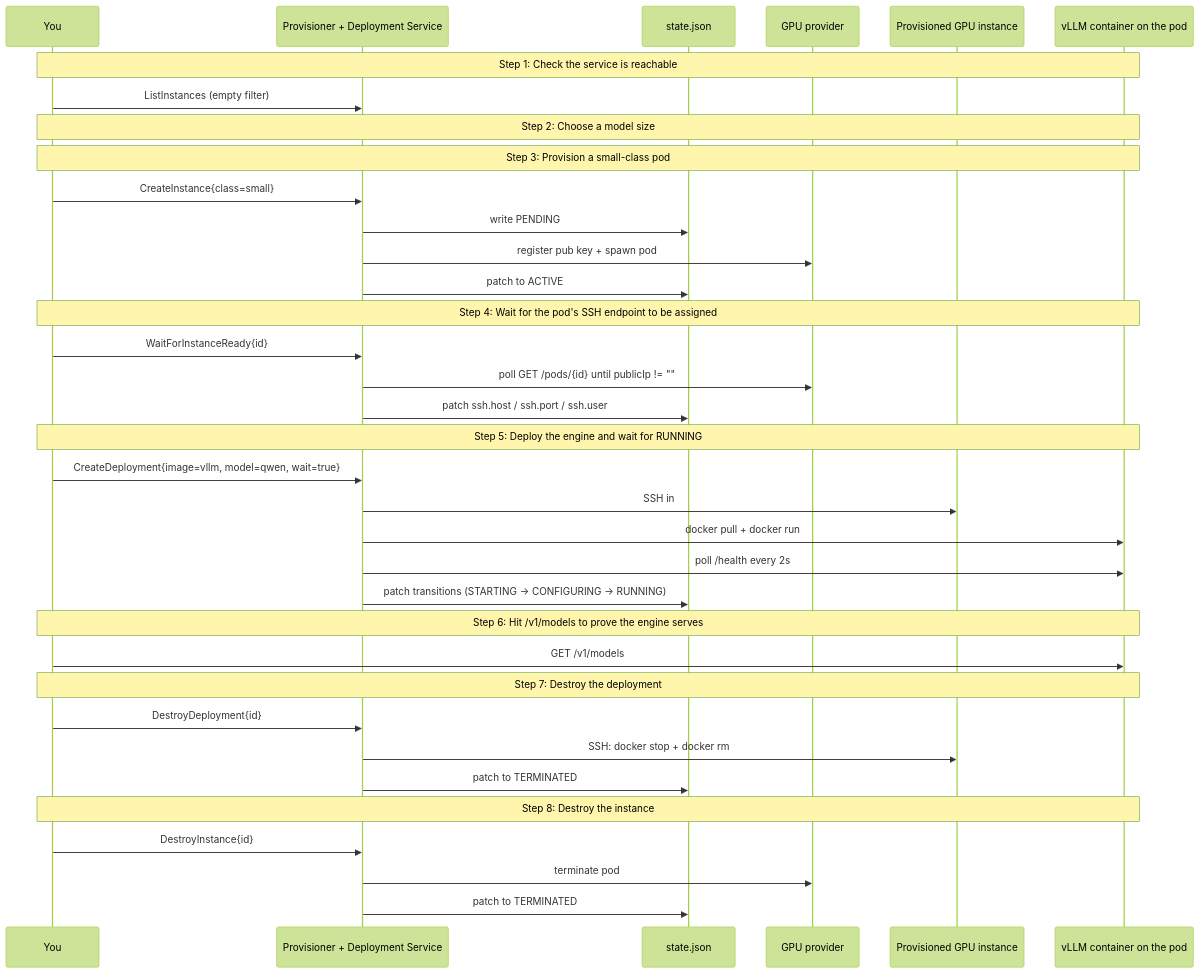
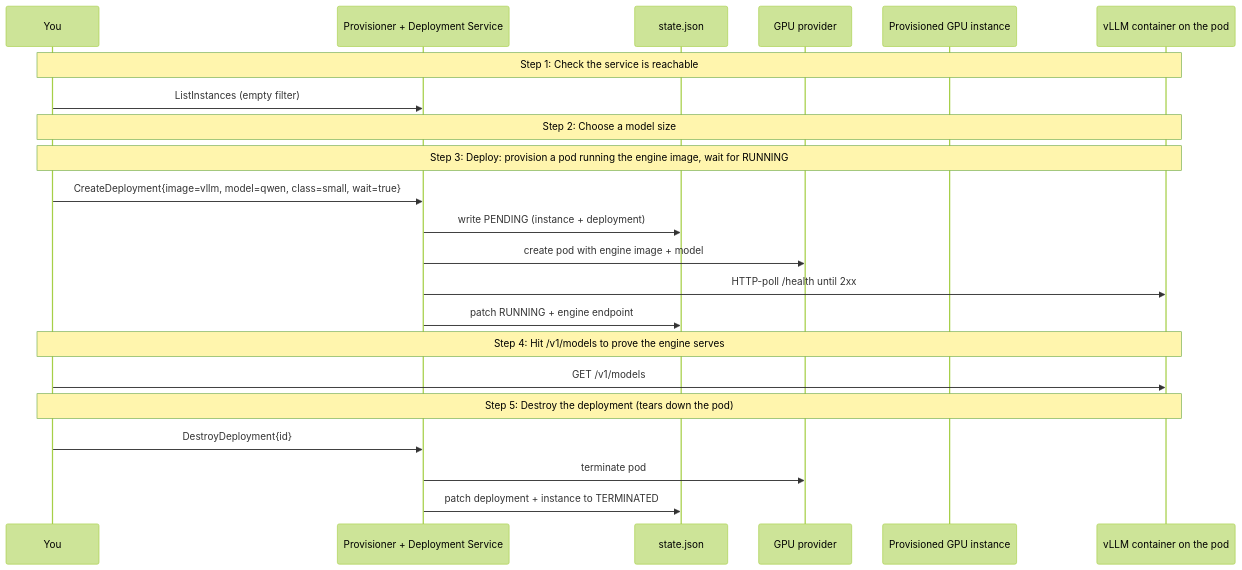
The diagram in examples/provisioning/03-deploy-end-to-end/RUN.md (inference-book/inference-plane), drawn with Mermaid (forest theme) before and after one commit. The commit also changed other lines of this file and 10 other files, not shown here.

````diff
--- a/examples/provisioning/03-deploy-end-to-end/RUN.md
+++ b/examples/provisioning/03-deploy-end-to-end/RUN.md
@@ -18,45 +15,29 @@
 ```mermaid
 sequenceDiagram
     participant Operator as You
     participant iplane as Provisioner + Deployment Service
     participant State as state.json
     participant RunPod as GPU provider
     participant Pod as Provisioned GPU instance
     participant Engine as vLLM container on the pod
 
     Note over Operator,Engine: Step 1: Check the service is reachable
     Operator->>iplane: ListInstances (empty filter)
 
     Note over Operator,Engine: Step 2: Choose a model size
 
-    Note over Operator,Engine: Step 3: Provision a small-class pod
-    Operator->>iplane: CreateInstance{class=small}
-    iplane->>State: write PENDING
-    iplane->>RunPod: register pub key + spawn pod
-    iplane->>State: patch to ACTIVE
+    Note over Operator,Engine: Step 3: Deploy: provision a pod running the engine image, wait for RUNNING
+    Operator->>iplane: CreateDeployment{image=vllm, model=qwen, class=small, wait=true}
+    iplane->>State: write PENDING (instance + deployment)
+    iplane->>RunPod: create pod with engine image + model
+    iplane->>Engine: HTTP-poll /health until 2xx
+    iplane->>State: patch RUNNING + engine endpoint
 
-    Note over Operator,Engine: Step 4: Wait for the pod's SSH endpoint to be assigned
-    Operator->>iplane: WaitForInstanceReady{id}
-    iplane->>RunPod: poll GET /pods/{id} until publicIp != ""
-    iplane->>State: patch ssh.host / ssh.port / ssh.user
-
-    Note over Operator,Engine: Step 5: Deploy the engine and wait for RUNNING
-    Operator->>iplane: CreateDeployment{image=vllm, model=qwen, wait=true}
-    iplane->>Pod: SSH in
-    iplane->>Engine: docker pull + docker run
-    iplane->>Engine: poll /health every 2s
-    iplane->>State: patch transitions (STARTING -> CONFIGURING -> RUNNING)
-
-    Note over Operator,Engine: Step 6: Hit /v1/models to prove the engine serves
+    Note over Operator,Engine: Step 4: Hit /v1/models to prove the engine serves
     Operator->>Engine: GET /v1/models
 
-    Note over Operator,Engine: Step 7: Destroy the deployment
+    Note over Operator,Engine: Step 5: Destroy the deployment (tears down the pod)
     Operator->>iplane: DestroyDeployment{id}
-    iplane->>Pod: SSH: docker stop + docker rm
-    iplane->>State: patch to TERMINATED
-
-    Note over Operator,Engine: Step 8: Destroy the instance
-    Operator->>iplane: DestroyInstance{id}
     iplane->>RunPod: terminate pod
-    iplane->>State: patch to TERMINATED
+    iplane->>State: patch deployment + instance to TERMINATED
 ```
````
